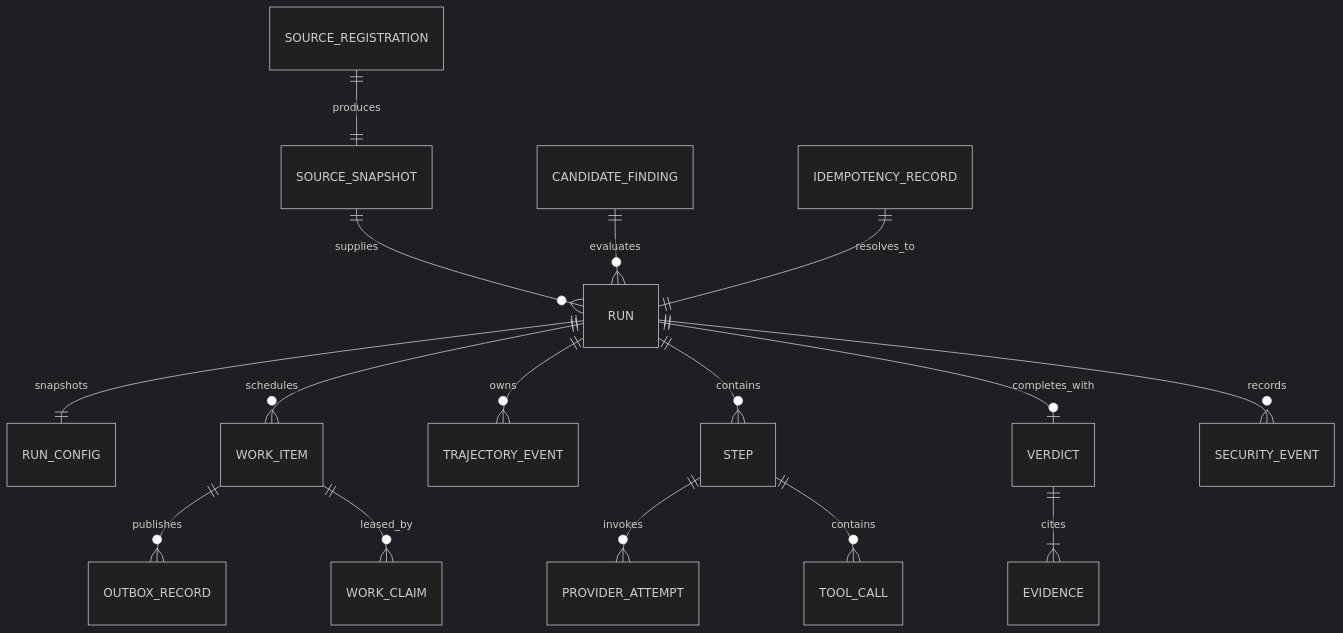
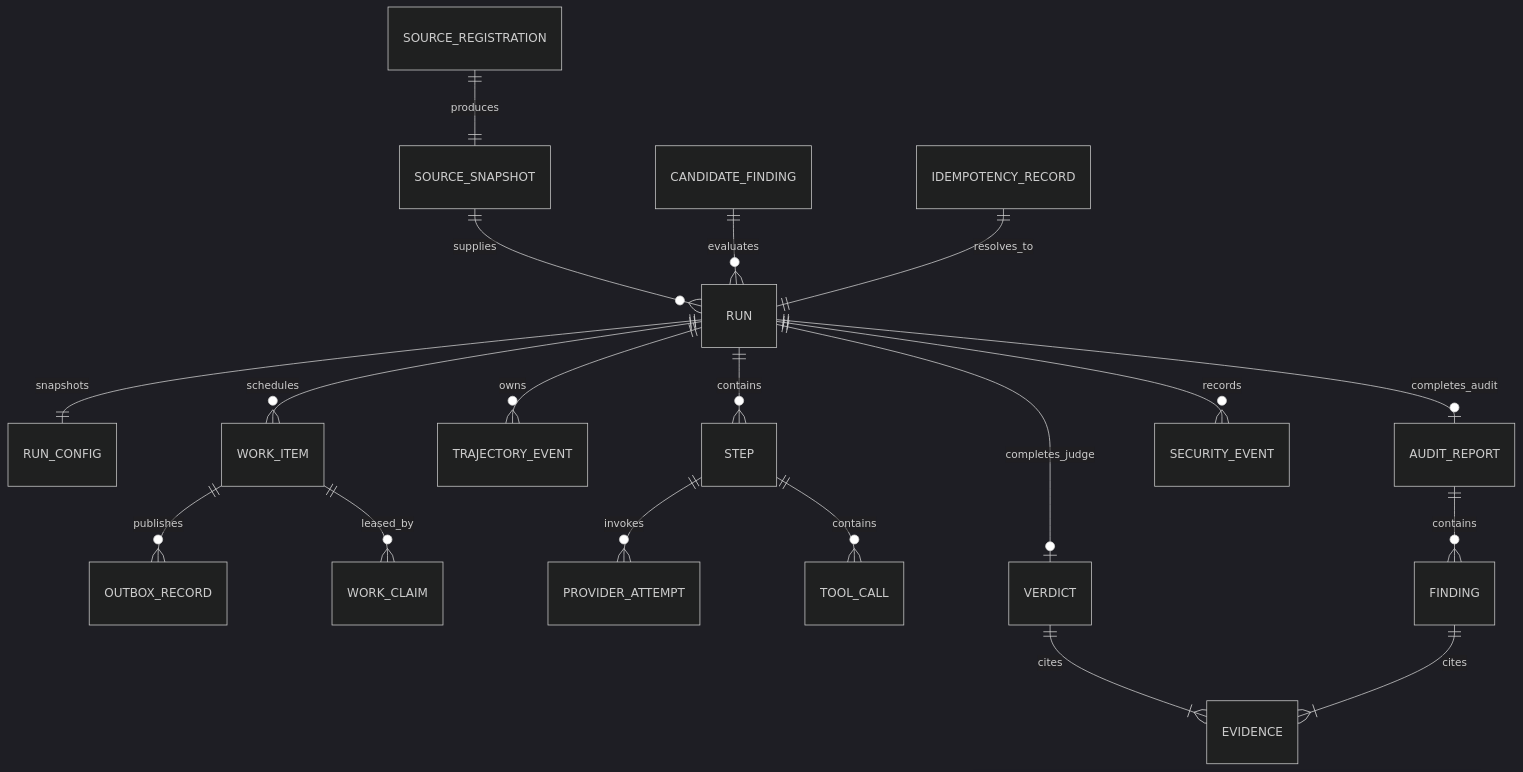
Before and after one commit to DATN-K23/harness: the fourth of 4 diagrams in blueprint/architecture/system-overview.md, drawn with Mermaid (dark theme). The commit also changed other lines of this file and 4 other files, not shown here.

Commit message:
docs(blueprint): standardize core identity, tech stack, and architectural sequences

````diff
--- a/blueprint/architecture/system-overview.md
+++ b/blueprint/architecture/system-overview.md
@@ -197,18 +188,21 @@
 ```mermaid
 erDiagram
   SOURCE_REGISTRATION ||--|| SOURCE_SNAPSHOT : produces
   SOURCE_SNAPSHOT ||--o{ RUN : supplies
   CANDIDATE_FINDING ||--o{ RUN : evaluates
   RUN ||--|| RUN_CONFIG : snapshots
   RUN ||--o{ WORK_ITEM : schedules
   WORK_ITEM ||--o{ OUTBOX_RECORD : publishes
   WORK_ITEM ||--o{ WORK_CLAIM : leased_by
   RUN ||--o{ TRAJECTORY_EVENT : owns
   RUN ||--o{ STEP : contains
   STEP ||--o{ PROVIDER_ATTEMPT : invokes
   STEP ||--o{ TOOL_CALL : contains
-  RUN ||--o| VERDICT : completes_with
+  RUN ||--o| VERDICT : completes_judge
   VERDICT ||--|{ EVIDENCE : cites
+  RUN ||--o| AUDIT_REPORT : completes_audit
+  AUDIT_REPORT ||--o{ FINDING : contains
+  FINDING ||--|{ EVIDENCE : cites
   RUN ||--o{ SECURITY_EVENT : records
   IDEMPOTENCY_RECORD ||--|| RUN : resolves_to
 ```
````
